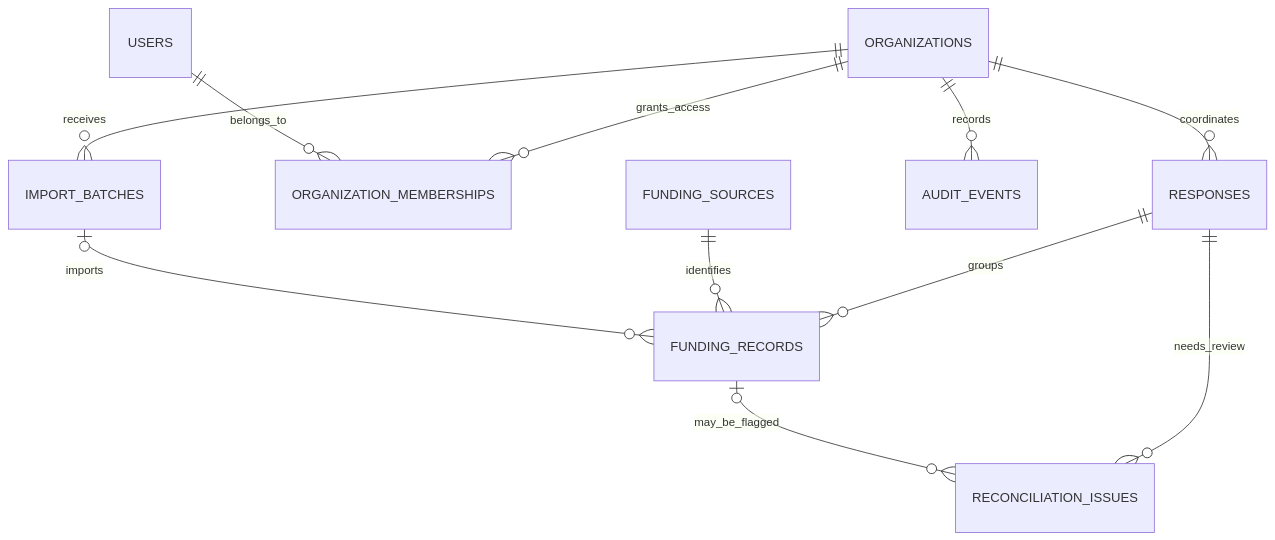
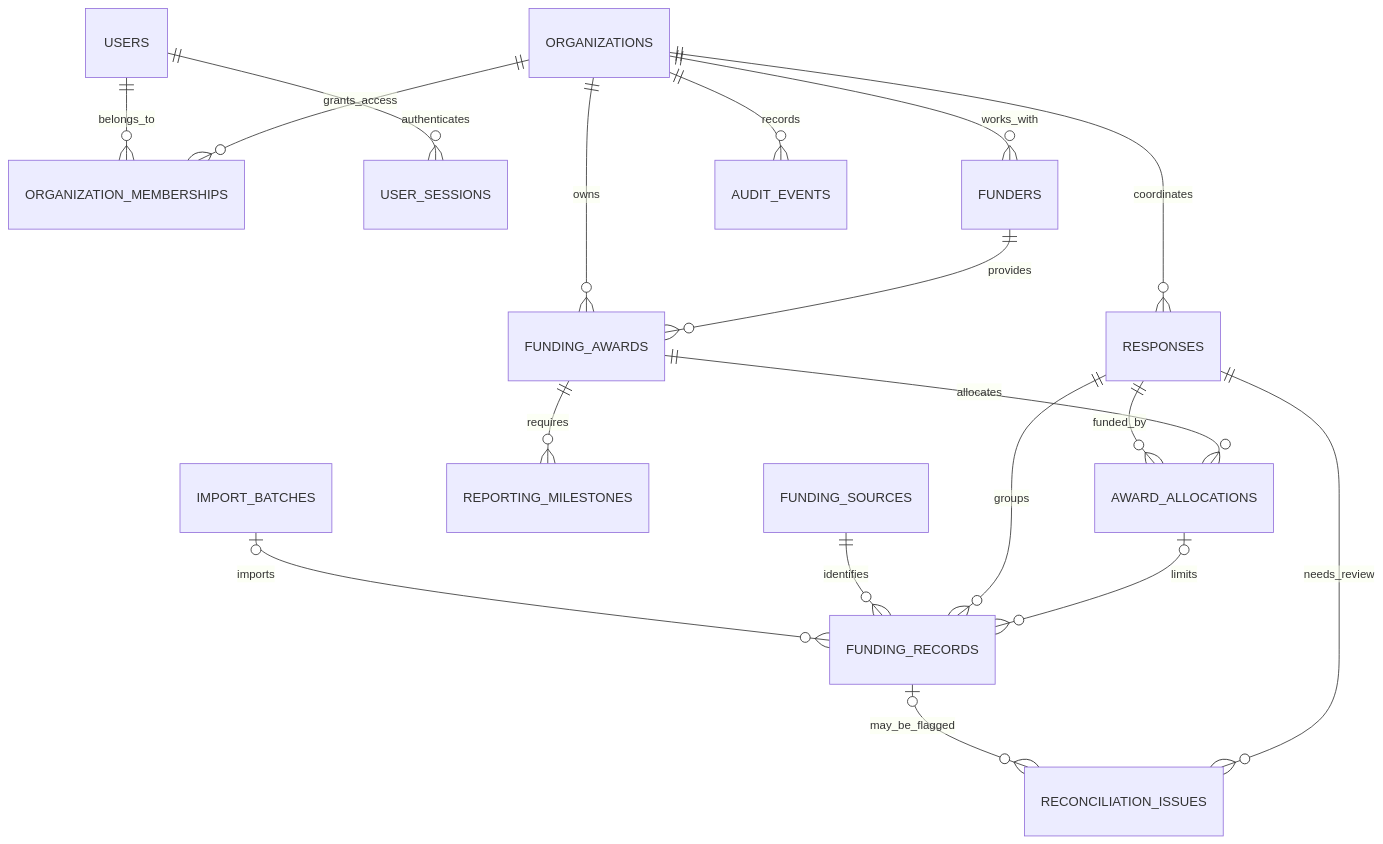
Before and after one commit to tanay-gaykwad/relieftrail-response-hub: the diagram in docs/DATA_MODEL.md, drawn with Mermaid. The commit also changed other lines of this file and 41 other files, not shown here.

````diff
--- a/docs/DATA_MODEL.md
+++ b/docs/DATA_MODEL.md
@@ -3,13 +3,20 @@
 ```mermaid
 erDiagram
     ORGANIZATIONS ||--o{ RESPONSES : coordinates
     ORGANIZATIONS ||--o{ ORGANIZATION_MEMBERSHIPS : grants_access
     USERS ||--o{ ORGANIZATION_MEMBERSHIPS : belongs_to
-    ORGANIZATIONS ||--o{ IMPORT_BATCHES : receives
-    ORGANIZATIONS ||--o{ AUDIT_EVENTS : records
+    USERS ||--o{ USER_SESSIONS : authenticates
+    ORGANIZATIONS ||--o{ FUNDERS : works_with
+    FUNDERS ||--o{ FUNDING_AWARDS : provides
+    ORGANIZATIONS ||--o{ FUNDING_AWARDS : owns
+    FUNDING_AWARDS ||--o{ AWARD_ALLOCATIONS : allocates
+    RESPONSES ||--o{ AWARD_ALLOCATIONS : funded_by
+    FUNDING_AWARDS ||--o{ REPORTING_MILESTONES : requires
+    AWARD_ALLOCATIONS o|--o{ FUNDING_RECORDS : limits
     RESPONSES ||--o{ FUNDING_RECORDS : groups
     FUNDING_SOURCES ||--o{ FUNDING_RECORDS : identifies
     IMPORT_BATCHES o|--o{ FUNDING_RECORDS : imports
     RESPONSES ||--o{ RECONCILIATION_ISSUES : needs_review
     FUNDING_RECORDS o|--o{ RECONCILIATION_ISSUES : may_be_flagged
+    ORGANIZATIONS ||--o{ AUDIT_EVENTS : records
 ```
````
